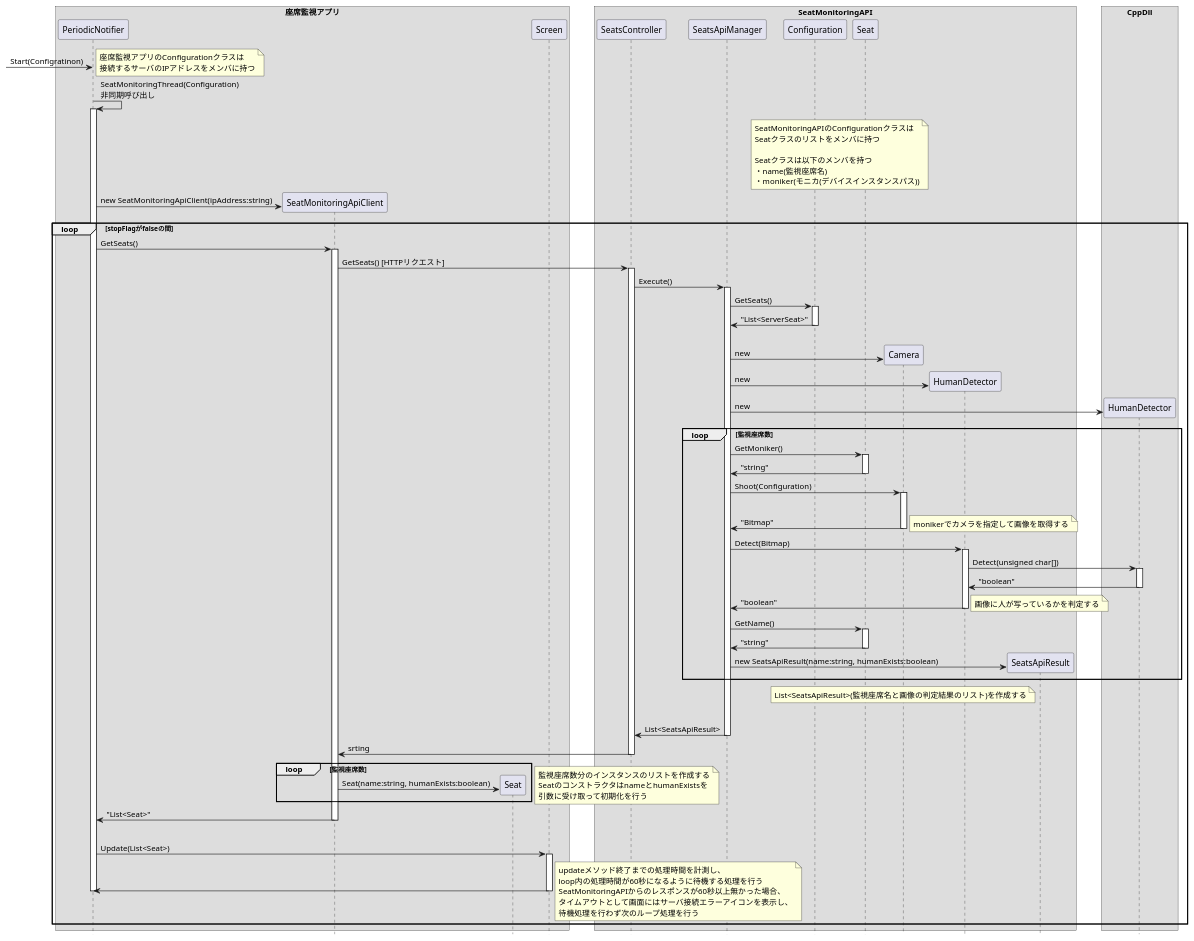
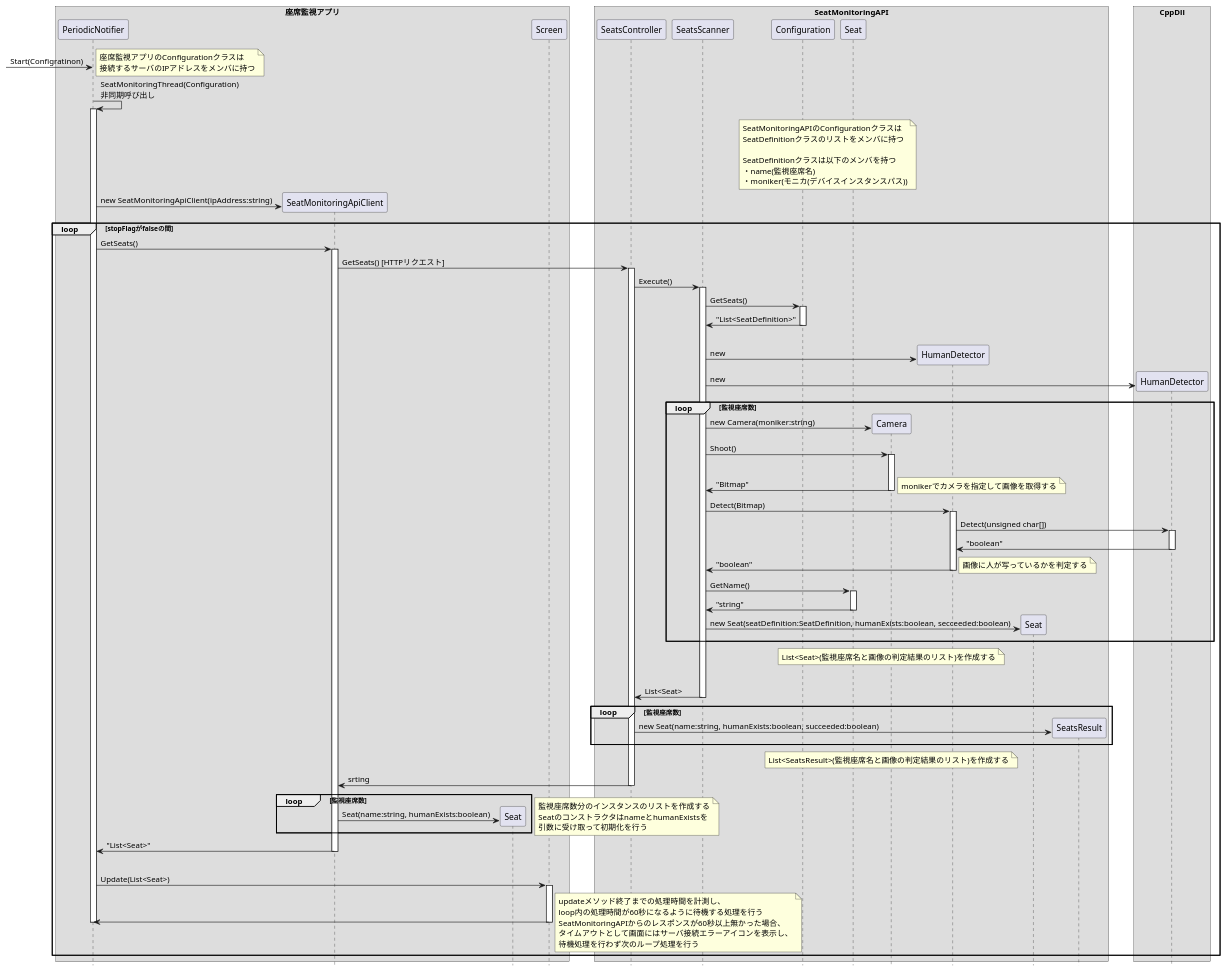
Before and after one commit to KeisukeSugita/Seat-monitoring-system: the diagram in doc/詳細設計/構成図(.pu)/座席状態確認シーケンス図2.pu, drawn with PlantUML. The commit also changed 1 other file, not shown here.

```diff
--- a/doc/詳細設計/構成図(.pu)/座席状態確認シーケンス図2.pu
+++ b/doc/詳細設計/構成図(.pu)/座席状態確認シーケンス図2.pu
@@ -1,146 +1,151 @@
 @startuml 座席状態確認シーケンス図2
 hide footbox
 skinparam BoxPadding 20
 
 box "座席監視アプリ"
 	participant PeriodicNotifier
 	participant SeatMonitoringApiClient
 	participant "Seat" as ClientSeat
 	participant Screen
 end box
 
 box "SeatMonitoringAPI"
 	participant SeatsController
-	participant SeatsApiManager
+	participant SeatsScanner
 	participant Configuration
 	participant "Seat" as ServerSeat
 	participant Camera
 	participant "HumanDetector" as CsHumanDetector
-	participant SeatsApiResult
+	participant Seat
+	participant SeatsResult
 end box
 
 box "CppDll"
 	participant "HumanDetector" as CppHumanDetector
 end box
 
 -> PeriodicNotifier :Start(Configratinon)
 note right
 	座席監視アプリのConfigurationクラスは
 	接続するサーバのIPアドレスをメンバに持つ
 end note
 
 PeriodicNotifier -> PeriodicNotifier : SeatMonitoringThread(Configuration)\n非同期呼び出し
 activate PeriodicNotifier
 
 note over Configuration, ServerSeat
 	SeatMonitoringAPIのConfigurationクラスは
-	Seatクラスのリストをメンバに持つ
+	SeatDefinitionクラスのリストをメンバに持つ
 
-	Seatクラスは以下のメンバを持つ
+	SeatDefinitionクラスは以下のメンバを持つ
 	・name(監視座席名)
 	・moniker(モニカ(デバイスインスタンスパス))
 end note
 
 create SeatMonitoringApiClient
 PeriodicNotifier -> SeatMonitoringApiClient :new SeatMonitoringApiClient(ipAddress:string)
 
 loop stopFlagがfalseの間
 	PeriodicNotifier -> SeatMonitoringApiClient : GetSeats()
 	activate SeatMonitoringApiClient
 
 	SeatMonitoringApiClient -> SeatsController : GetSeats() [HTTPリクエスト]
 	activate SeatsController
 
-	SeatsController -> SeatsApiManager :Execute()
-	activate SeatsApiManager
+	SeatsController -> SeatsScanner :Execute()
+	activate SeatsScanner
 
-	SeatsApiManager -> Configuration :GetSeats()
+	SeatsScanner -> Configuration :GetSeats()
 	activate Configuration
-	SeatsApiManager <- Configuration :"List<ServerSeat>"
+	SeatsScanner <- Configuration :"List<SeatDefinition>"
 	deactivate Configuration
 
 	|||
-	create Camera
-	SeatsApiManager -> Camera : new
 
 	create CsHumanDetector
-	SeatsApiManager -> CsHumanDetector :new
+	SeatsScanner -> CsHumanDetector :new
 
 	create CppHumanDetector
-	SeatsApiManager -> CppHumanDetector :new
+	SeatsScanner -> CppHumanDetector :new
 
 
 	loop 監視座席数
-		SeatsApiManager -> ServerSeat :GetMoniker()
-		activate ServerSeat
-		SeatsApiManager <- ServerSeat :"string"
-		deactivate ServerSeat
-		SeatsApiManager -> Camera : Shoot(Configuration)
+		create Camera
+		SeatsScanner -> Camera : new Camera(moniker:string)
+		SeatsScanner -> Camera : Shoot()
 		activate Camera
 		|||
-		SeatsApiManager <- 	Camera :"Bitmap"
+		SeatsScanner <- 	Camera :"Bitmap"
 		deactivate Camera
 		note right
 			monikerでカメラを指定して画像を取得する
 		end note
 
-		SeatsApiManager -> CsHumanDetector :Detect(Bitmap)
+		SeatsScanner -> CsHumanDetector :Detect(Bitmap)
 		activate CsHumanDetector
 		CsHumanDetector -> CppHumanDetector : Detect(unsigned char[])
 		activate CppHumanDetector
 		CsHumanDetector <- CppHumanDetector : "boolean"
 		deactivate CppHumanDetector
-		SeatsApiManager <- CsHumanDetector :"boolean"
+		SeatsScanner <- CsHumanDetector :"boolean"
 		deactivate CsHumanDetector
 		note right
 			画像に人が写っているかを判定する
 		end note
 
-		SeatsApiManager -> ServerSeat :GetName()
+		SeatsScanner -> ServerSeat :GetName()
 		activate ServerSeat
-		SeatsApiManager <- ServerSeat :"string"
+		SeatsScanner <- ServerSeat :"string"
 		deactivate ServerSeat
 		
-		create SeatsApiResult
-		SeatsApiManager -> SeatsApiResult :new SeatsApiResult(name:string, humanExists:boolean)
+		create Seat
+		SeatsScanner -> Seat :new Seat(seatDefinition:SeatDefinition, humanExists:boolean, secceeded:boolean)
 		
 	end
 	note over Camera
-		List<SeatsApiResult>(監視座席名と画像の判定結果のリスト)を作成する
+		List<Seat>(監視座席名と画像の判定結果のリスト)を作成する
 	end note
 	|||
 
-	SeatsController <- SeatsApiManager : List<SeatsApiResult>
-	deactivate SeatsApiManager
+	SeatsController <- SeatsScanner : List<Seat>
+	deactivate SeatsScanner
+
+	loop 監視座席数
+		create SeatsResult
+		SeatsController -> SeatsResult :new Seat(name:string, humanExists:boolean, succeeded:boolean)
+	end
+	note over Camera
+		List<SeatsResult>(監視座席名と画像の判定結果のリスト)を作成する
+	end note
 
 	SeatMonitoringApiClient <- SeatsController :srting
 	deactivate SeatsController
 
 	loop 監視座席数
 		create ClientSeat
 		SeatMonitoringApiClient -> ClientSeat :Seat(name:string, humanExists:boolean)
 	end
 	note right
 		監視座席数分のインスタンスのリストを作成する
 		SeatのコンストラクタはnameとhumanExistsを
 		引数に受け取って初期化を行う
 	end note
 
 	PeriodicNotifier <- SeatMonitoringApiClient : "List<Seat>"
 	deactivate SeatMonitoringApiClient
 	|||
 	PeriodicNotifier -> Screen : Update(List<Seat>)
 	activate Screen
 	PeriodicNotifier <- Screen
 	deactivate Screen
 	deactivate PeriodicNotifier
 	note right
 		updateメソッド終了までの処理時間を計測し、
 		loop内の処理時間が60秒になるように待機する処理を行う
 		SeatMonitoringAPIからのレスポンスが60秒以上無かった場合、
 		タイムアウトとして画面にはサーバ接続エラーアイコンを表示し、
 		待機処理を行わず次のループ処理を行う
 	end note
 end
 
 @enduml
```
